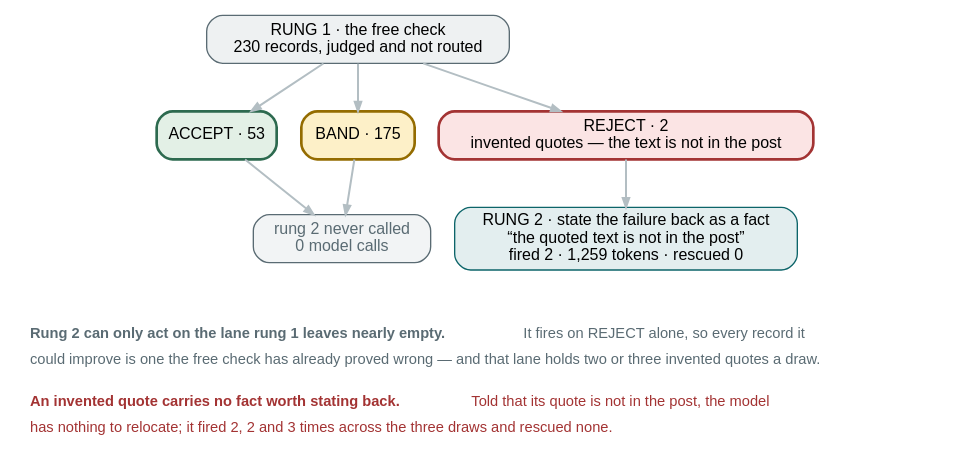
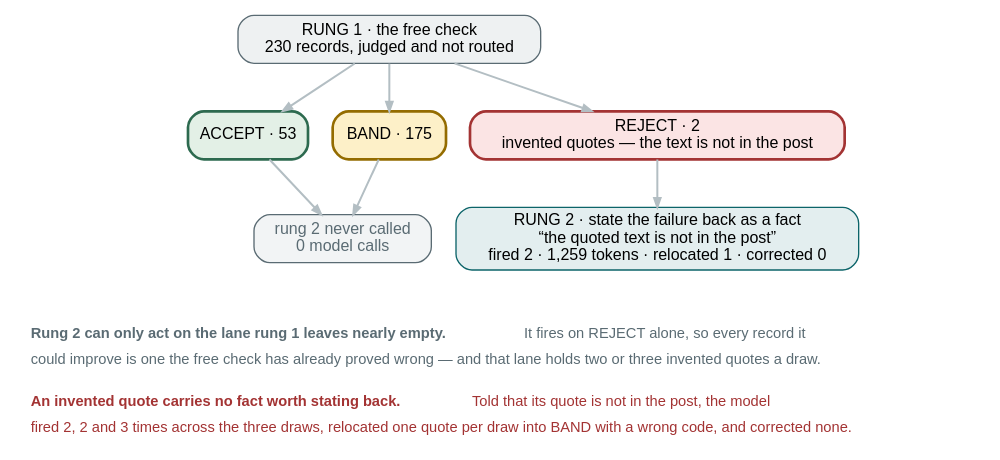
One commit to wbagais/reliability-ladder changed the diagram in docs/figures/fig13-rung2-cadec.dot. Above: the diagram before and after it, drawn with Graphviz. The commit also changed 7 other files, not shown here.

Commit message:
CADEC article audited against the base run's files: §3's two examples and §9's error rate were not from it; rung 2 relocated one quote per draw, which the article denied; three figures corrected

```diff
--- a/docs/figures/fig13-rung2-cadec.dot
+++ b/docs/figures/fig13-rung2-cadec.dot
@@ -1,33 +1,33 @@
 // Rung 2 on CADEC, rerun-cadec-d0 (2026-09-03). The single-corpus version of
 // fig13-rung2.dot. It reads rung 1's verdict and fires on REJECT alone
 // (r2.py — `if verdict != ZONE_REJECT or reason not in cfg["correctable"]`),
 // so ACCEPT and BAND are never touched: no model call, no possible change.
-// Draws 1 and 2: fired 2 and 3 times, rescued 0.
+// Draws 1 and 2: fired 2 and 3 times; every draw relocated one quote (REJECT -> BAND, wrong code) and corrected none.
 //
 // COLOUR KEY — the article's zone colours, unchanged:
 //   green ACCEPT · amber BAND · red REJECT · teal a model runs here
 digraph rung2_cadec {
   rankdir=TB; bgcolor="white";
   node [shape=box style="filled,rounded" fontname="Helvetica" fontsize=12 color="#5a6b73" fillcolor="#f2f4f5"];
   edge [color="#b3bec3" penwidth=1.5 arrowsize=0.7 fontname="Helvetica" fontsize=10];
 
   r1 [label="RUNG 1 · the free check\n230 records, judged and not routed" fillcolor="#eef1f2"];
   ca [label="ACCEPT · 53" fillcolor="#e3f0e6" color="#2d6a4f" penwidth=2];
   cb [label="BAND · 175" fillcolor="#fdf0c8" color="#946c00" penwidth=2];
   cr [label="REJECT · 2\ninvented quotes — the text is not in the post" fillcolor="#fbe4e4" color="#a33333" penwidth=2];
   r1 -> ca; r1 -> cb; r1 -> cr;
   cskip [label="rung 2 never called\n0 model calls" fillcolor="#f2f4f5" fontcolor="#5a6b73"];
-  cfire [label="RUNG 2 · state the failure back as a fact\n“the quoted text is not in the post”\nfired 2 · 1,259 tokens · rescued 0" fillcolor="#e3eeef" color="#0c6469"];
+  cfire [label="RUNG 2 · state the failure back as a fact\n“the quoted text is not in the post”\nfired 2 · 1,259 tokens · relocated 1 · corrected 0" fillcolor="#e3eeef" color="#0c6469"];
   ca -> cskip; cb -> cskip; cr -> cfire;
   { rank=same; ca; cb; cr }
 
   note [shape=plaintext style="" fillcolor="white"
         label=<<TABLE BORDER="0" CELLBORDER="0" CELLSPACING="0" CELLPADDING="3">
         <TR><TD ALIGN="LEFT"><FONT POINT-SIZE="11" COLOR="#5a6b73"><B>Rung 2 can only act on the lane rung 1 leaves nearly empty.</B> It fires on REJECT alone, so every record it</FONT></TD></TR>
         <TR><TD ALIGN="LEFT"><FONT POINT-SIZE="11" COLOR="#5a6b73">could improve is one the free check has already proved wrong — and that lane holds two or three invented quotes a draw.</FONT></TD></TR>
         <TR><TD ALIGN="LEFT"><FONT POINT-SIZE="8"> </FONT></TD></TR>
         <TR><TD ALIGN="LEFT"><FONT POINT-SIZE="11" COLOR="#a33333"><B>An invented quote carries no fact worth stating back.</B> Told that its quote is not in the post, the model</FONT></TD></TR>
-        <TR><TD ALIGN="LEFT"><FONT POINT-SIZE="11" COLOR="#a33333">has nothing to relocate; it fired 2, 2 and 3 times across the three draws and rescued none.</FONT></TD></TR>
+        <TR><TD ALIGN="LEFT"><FONT POINT-SIZE="11" COLOR="#a33333">fired 2, 2 and 3 times across the three draws, relocated one quote per draw into BAND with a wrong code, and corrected none.</FONT></TD></TR>
         </TABLE>>];
   cskip -> note [style=invis]; cfire -> note [style=invis];
 }
```
